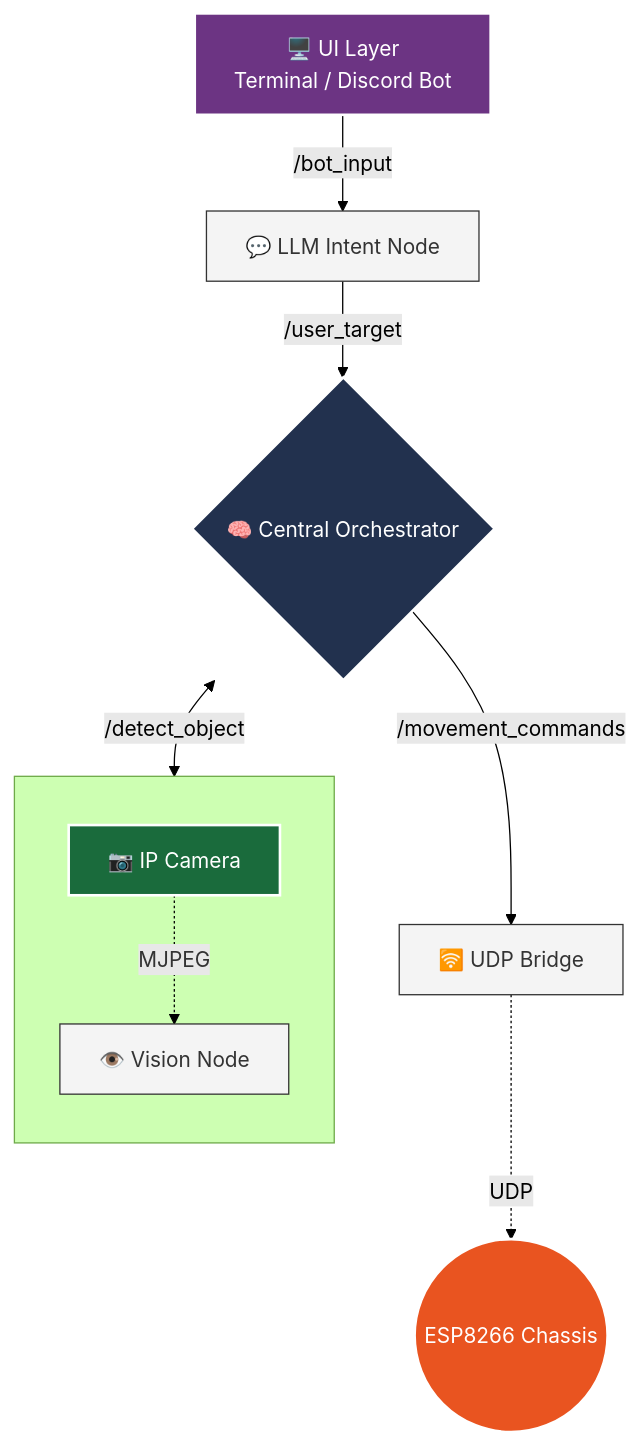
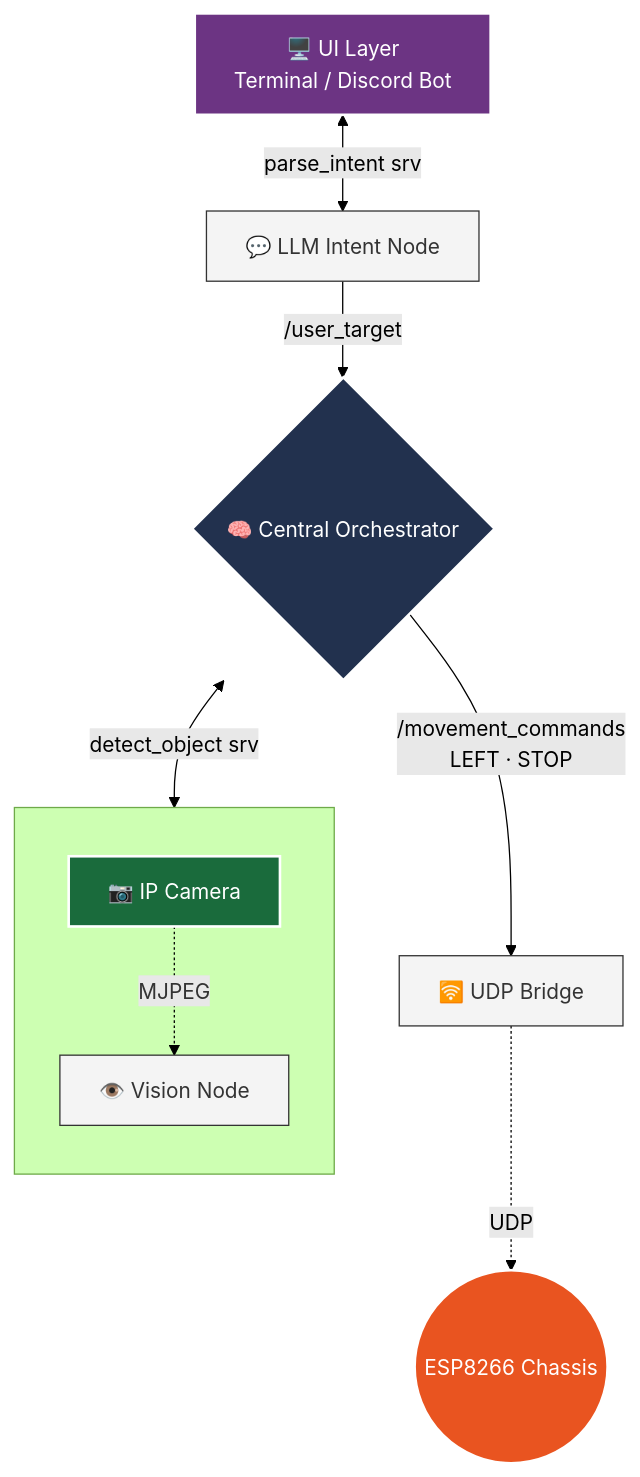
The first of 2 diagrams in README.md (Simplicity005/iisc-final-project-automated-car), drawn with Mermaid (forest theme) before and after one commit. The commit also changed other lines of this file and 10 other files, not shown here.

````diff
--- a/README.md
+++ b/README.md
@@ -24,27 +24,27 @@
 ```mermaid
 flowchart TD
     classDef central fill:#22314E,stroke:#fff,stroke-width:2px,color:#fff
     classDef nodes fill:#f4f4f4,stroke:#333,stroke-width:1px,color:#333
     classDef hardware fill:#E95420,stroke:#fff,stroke-width:2px,color:#fff
     classDef ui fill:#6C3483,stroke:#fff,stroke-width:2px,color:#fff
     classDef camera fill:#1a6b3c,stroke:#fff,stroke-width:2px,color:#fff
 
     UI[🖥️ UI Layer<br/>Terminal / Discord Bot]:::ui
     D[💬 LLM Intent Node]:::nodes
     A{🧠 Central Orchestrator}:::central
     E[🛜 UDP Bridge]:::nodes
     HW((ESP8266 Chassis)):::hardware
 
     subgraph VS [" "]
         direction TB
         CAM[📷 IP Camera]:::camera
         B[👁️ Vision Node]:::nodes
         CAM -. MJPEG .-> B
     end
 
-    UI -->|/bot_input| D
+    UI <-->|parse_intent srv| D
     D -->|/user_target| A
-    A <-->|/detect_object| B
-    A -->|/movement_commands| E
+    A <-->|detect_object srv| B
+    A -->|/movement_commands<br/>LEFT · STOP| E
     E -. UDP .-> HW
 ```
````
